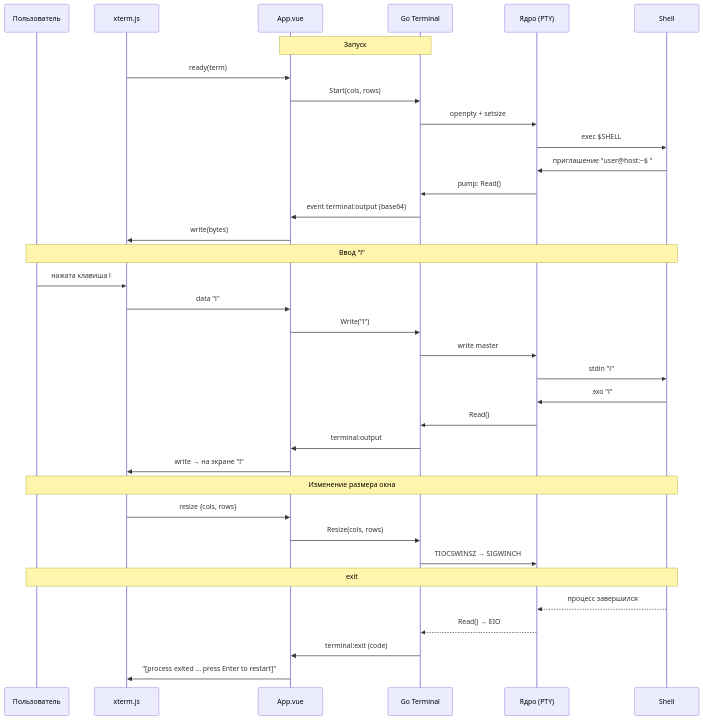
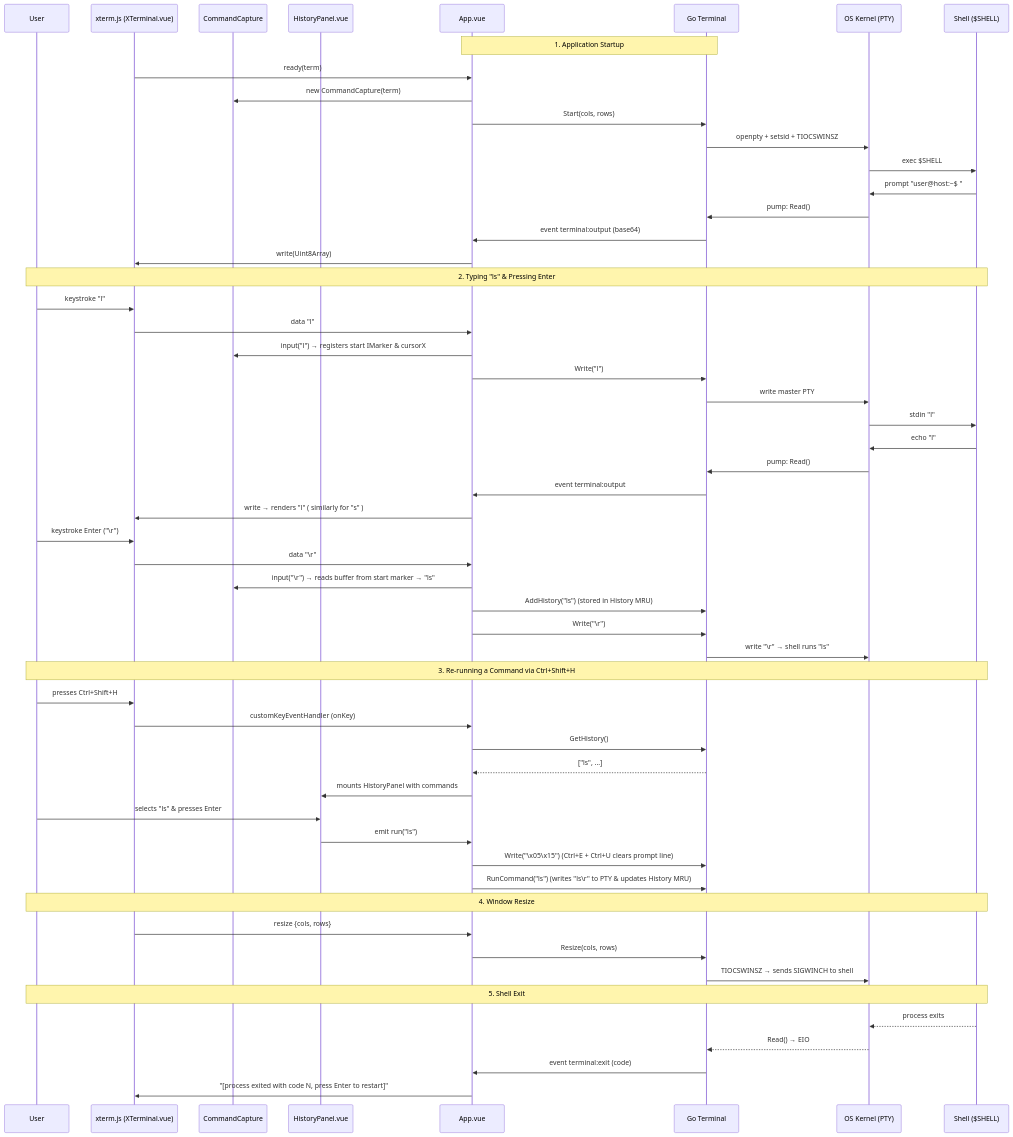
The second of 2 diagrams in how-it-words.md (Khudo-R/kutex), drawn with Mermaid before and after one commit. The commit also changed other lines of this file and 298 other files, not shown here.

Commit message:
Add terminal history, refactor frontend modules, and update agent skills

````diff
--- a/how-it-words.md
+++ b/how-it-words.md
@@ -418,41 +553,63 @@
 ```mermaid
 sequenceDiagram
-    participant U as Пользователь
-    participant X as xterm.js
+    participant U as User
+    participant X as xterm.js (XTerminal.vue)
+    participant C as CommandCapture
+    participant HP as HistoryPanel.vue
     participant A as App.vue
     participant G as Go Terminal
-    participant K as Ядро (PTY)
-    participant S as Shell
+    participant K as OS Kernel (PTY)
+    participant S as Shell ($SHELL)
 
-    Note over A,G: Запуск
+    Note over A,G: 1. Application Startup
     X->>A: ready(term)
+    A->>C: new CommandCapture(term)
     A->>G: Start(cols, rows)
-    G->>K: openpty + setsize
+    G->>K: openpty + setsid + TIOCSWINSZ
     K->>S: exec $SHELL
-    S->>K: приглашение "user@host:~$ "
+    S->>K: prompt "user@host:~$ "
     K->>G: pump: Read()
     G->>A: event terminal:output (base64)
-    A->>X: write(bytes)
+    A->>X: write(Uint8Array)
 
-    Note over U,S: Ввод "l"
-    U->>X: нажата клавиша l
+    Note over U,S: 2. Typing "ls" & Pressing Enter
+    U->>X: keystroke "l"
     X->>A: data "l"
+    A->>C: input("l") → registers start IMarker & cursorX
     A->>G: Write("l")
-    G->>K: write master
+    G->>K: write master PTY
     K->>S: stdin "l"
-    S->>K: эхо "l"
-    K->>G: Read()
-    G->>A: terminal:output
-    A->>X: write → на экране "l"
+    S->>K: echo "l"
+    K->>G: pump: Read()
+    G->>A: event terminal:output
+    A->>X: write → renders "l" ( similarly for "s" )
 
-    Note over U,S: Изменение размера окна
+    U->>X: keystroke Enter ("\r")
+    X->>A: data "\r"
+    A->>C: input("\r") → reads buffer from start marker → "ls"
+    A->>G: AddHistory("ls") (stored in History MRU)
+    A->>G: Write("\r")
+    G->>K: write "\r" → shell runs "ls"
+
+    Note over U,S: 3. Re-running a Command via Ctrl+Shift+H
+    U->>X: presses Ctrl+Shift+H
+    X->>A: customKeyEventHandler (onKey)
+    A->>G: GetHistory()
+    G-->>A: ["ls", ...]
+    A->>HP: mounts HistoryPanel with commands
+    U->>HP: selects "ls" & presses Enter
+    HP->>A: emit run("ls")
+    A->>G: Write("\x05\x15") (Ctrl+E + Ctrl+U clears prompt line)
+    A->>G: RunCommand("ls") (writes "ls\r" to PTY & updates History MRU)
+
+    Note over U,S: 4. Window Resize
     X->>A: resize {cols, rows}
     A->>G: Resize(cols, rows)
-    G->>K: TIOCSWINSZ → SIGWINCH
+    G->>K: TIOCSWINSZ → sends SIGWINCH to shell
 
-    Note over U,S: exit
-    S-->>K: процесс завершился
+    Note over U,S: 5. Shell Exit
+    S-->>K: process exits
     K-->>G: Read() → EIO
-    G->>A: terminal:exit (code)
-    A->>X: "[process exited ... press Enter to restart]"
+    G->>A: event terminal:exit (code)
+    A->>X: "[process exited with code N, press Enter to restart]"
 ```
````
